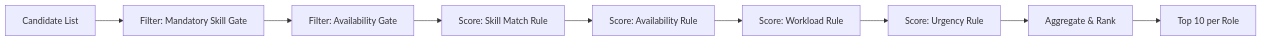
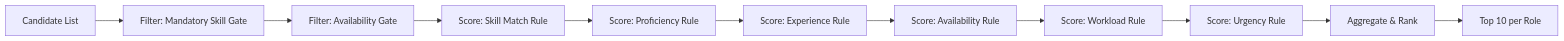
Before and after one commit to seanvdwqt/node-conf-starter: the third of 3 diagrams in .kiro/specs/rapid-squad-assembly/design.md, drawn with Mermaid. The commit also changed other lines of this file and 2 other files, not shown here.

````diff
--- a/.kiro/specs/rapid-squad-assembly/design.md
+++ b/.kiro/specs/rapid-squad-assembly/design.md
@@ -332,11 +402,13 @@
 ```mermaid
 flowchart LR
     A[Candidate List] --> B[Filter: Mandatory Skill Gate]
     B --> C[Filter: Availability Gate]
     C --> D[Score: Skill Match Rule]
-    D --> E[Score: Availability Rule]
+    D --> D2[Score: Proficiency Rule]
+    D2 --> D3[Score: Experience Rule]
+    D3 --> E[Score: Availability Rule]
     E --> F[Score: Workload Rule]
     F --> G[Score: Urgency Rule]
     G --> H[Aggregate & Rank]
     H --> I[Top 10 per Role]
 ```
````
